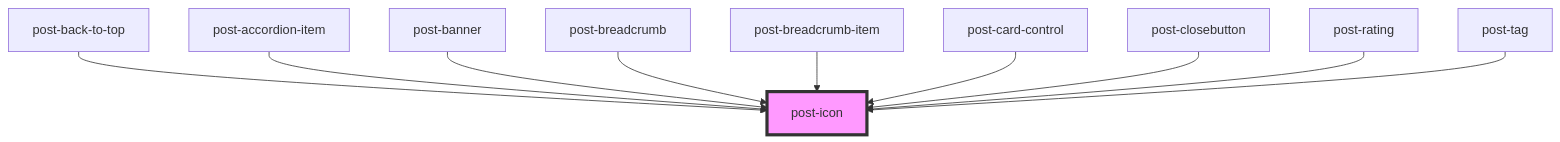
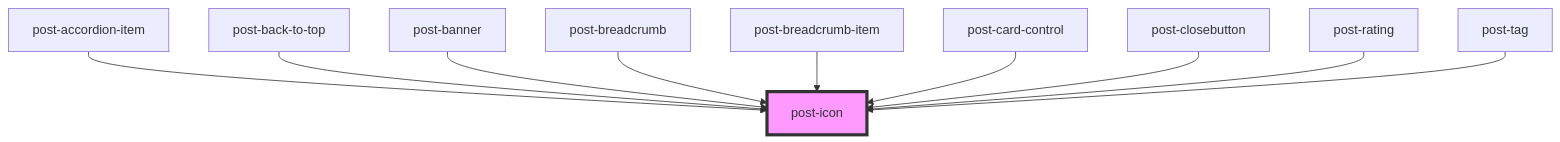
One commit to swisspost/design-system changed the diagram in packages/components/src/components/post-icon/readme.md. Above: the diagram before and after it, drawn with Mermaid. The commit also changed other lines of this file, not shown here.

````diff
--- a/packages/components/src/components/post-icon/readme.md
+++ b/packages/components/src/components/post-icon/readme.md
@@ -36,13 +36,13 @@
 ```mermaid
 graph TD;
+  post-accordion-item --> post-icon
   post-back-to-top --> post-icon
-  post-accordion-item --> post-icon
   post-banner --> post-icon
   post-breadcrumb --> post-icon
   post-breadcrumb-item --> post-icon
   post-card-control --> post-icon
   post-closebutton --> post-icon
   post-rating --> post-icon
   post-tag --> post-icon
   style post-icon fill:#f9f,stroke:#333,stroke-width:4px
 ```
````
